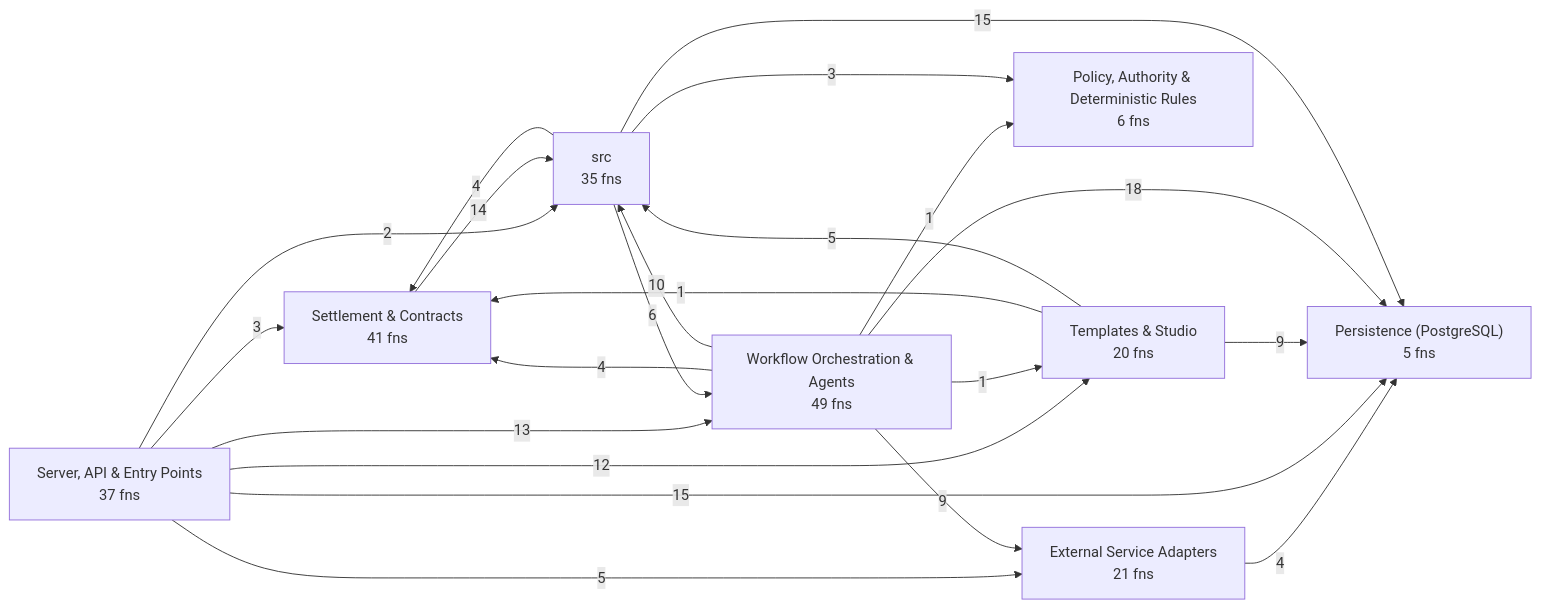
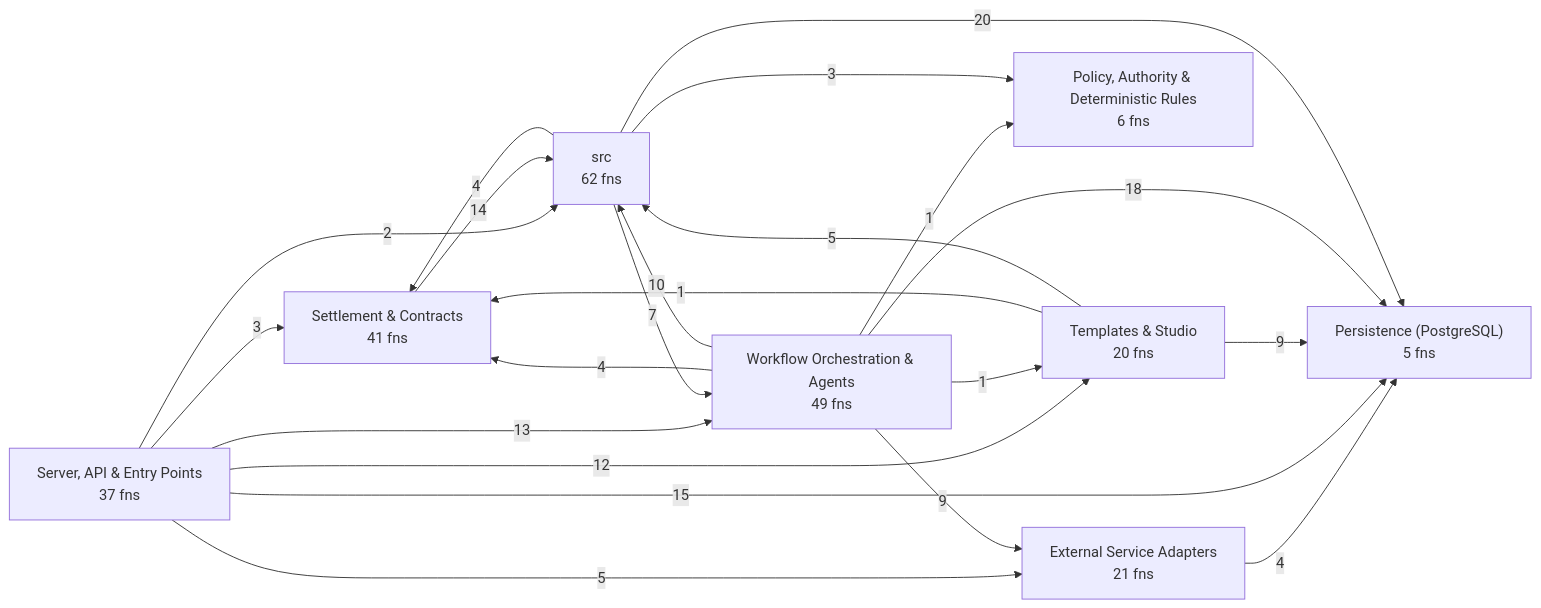
The first of 8 diagrams in docs/CODEBASE_MAP.md (Jaydearcadian/bind), drawn with Mermaid before and after one commit. The commit also changed other lines of this file and 8 other files, not shown here.

````diff
--- a/docs/CODEBASE_MAP.md
+++ b/docs/CODEBASE_MAP.md
@@ -12,32 +12,32 @@
 ```mermaid
 flowchart LR
   L0["External Service Adapters<br/>21 fns"]
   L1["Persistence (PostgreSQL)<br/>5 fns"]
   L2["Policy, Authority & Deterministic Rules<br/>6 fns"]
   L3["Server, API & Entry Points<br/>37 fns"]
   L4["Settlement & Contracts<br/>41 fns"]
   L5["Templates & Studio<br/>20 fns"]
   L6["Workflow Orchestration & Agents<br/>49 fns"]
-  L7["src<br/>35 fns"]
+  L7["src<br/>62 fns"]
   L0 -->|4| L1
   L3 -->|5| L0
   L3 -->|15| L1
   L3 -->|3| L4
   L3 -->|12| L5
   L3 -->|13| L6
   L3 -->|2| L7
   L4 -->|14| L7
   L5 -->|9| L1
   L5 -->|1| L4
   L5 -->|5| L7
   L6 -->|9| L0
   L6 -->|18| L1
   L6 -->|1| L2
   L6 -->|4| L4
   L6 -->|1| L5
   L6 -->|10| L7
-  L7 -->|15| L1
+  L7 -->|20| L1
   L7 -->|3| L2
   L7 -->|4| L4
-  L7 -->|6| L6
+  L7 -->|7| L6
 ```
````
